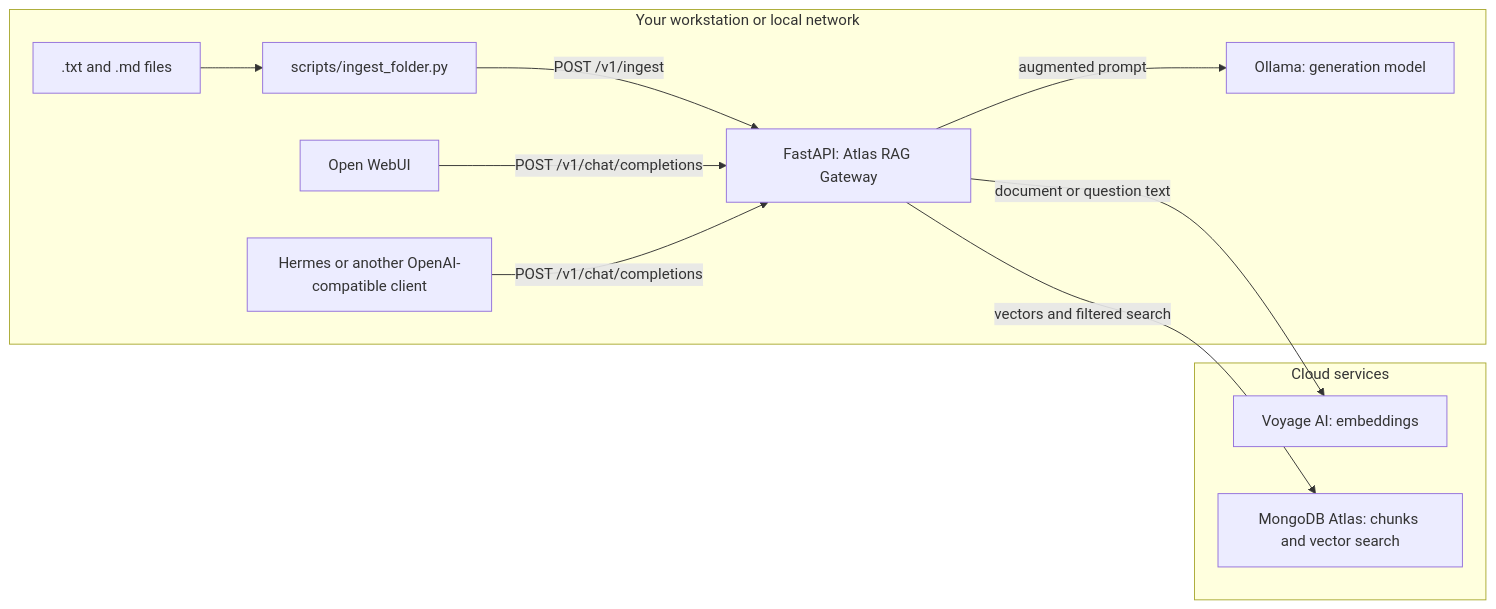
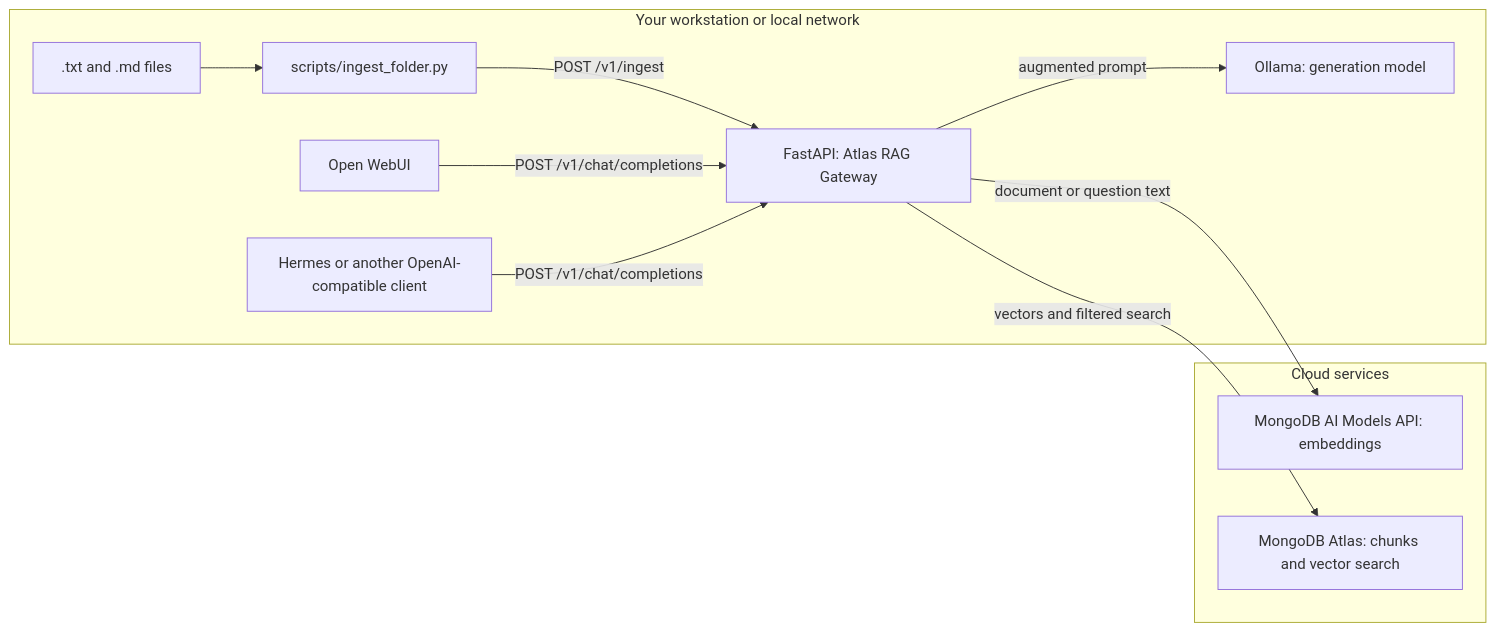
One commit to vthinsel/RAG_Gateway changed the first of 3 diagrams in docs/beginner-guide-rag-gateway.md. Above: the diagram before and after it, drawn with Mermaid. The commit also changed other lines of this file and 13 other files, not shown here.

Commit message:
mongo/voyage credentials and endpoints reviewed

````diff
--- a/docs/beginner-guide-rag-gateway.md
+++ b/docs/beginner-guide-rag-gateway.md
@@ -46,24 +46,24 @@
 ```mermaid
 flowchart LR
     subgraph Local["Your workstation or local network"]
         Docs[".txt and .md files"]
         Script["scripts/ingest_folder.py"]
         UI["Open WebUI"]
         Agent["Hermes or another OpenAI-compatible client"]
         GW["FastAPI: Atlas RAG Gateway"]
         Ollama["Ollama: generation model"]
         Docs --> Script
         Script -->|"POST /v1/ingest"| GW
         UI -->|"POST /v1/chat/completions"| GW
         Agent -->|"POST /v1/chat/completions"| GW
         GW -->|"augmented prompt"| Ollama
     end
 
     subgraph Cloud["Cloud services"]
-        Voyage["Voyage AI: embeddings"]
+        Voyage["MongoDB AI Models API: embeddings"]
         Atlas["MongoDB Atlas: chunks and vector search"]
     end
 
     GW -->|"document or question text"| Voyage
     GW -->|"vectors and filtered search"| Atlas
 ```
````
